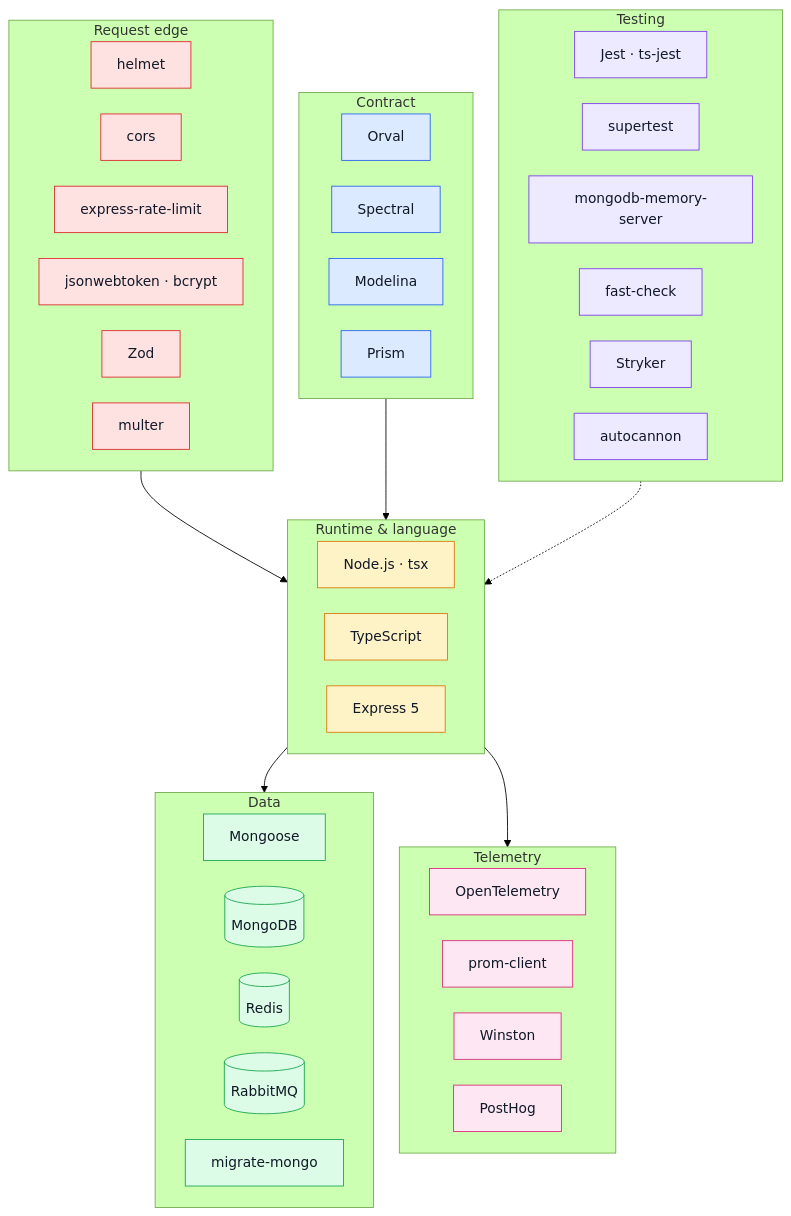
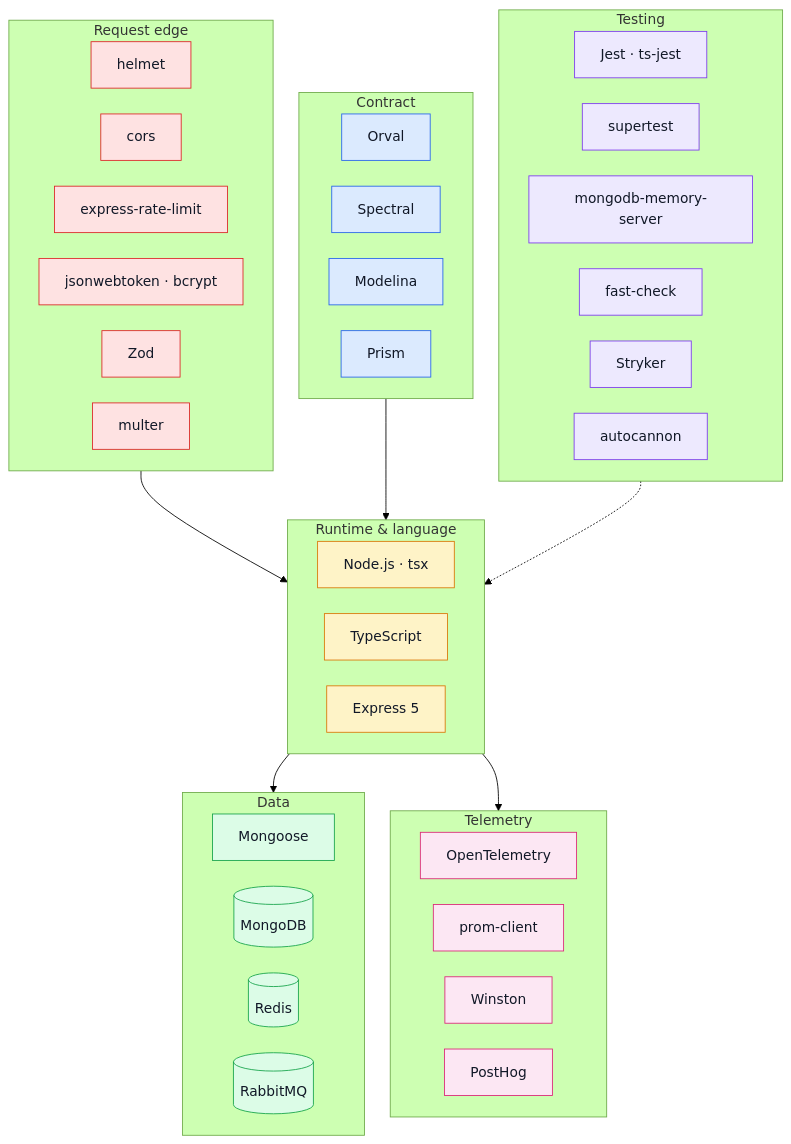
The diagram in docs/tools/tools-explained.md (Guebbit/boilerplate-node-backend), drawn with Mermaid (forest theme) before and after one commit. The commit also changed other lines of this file and 64 other files, not shown here.

````diff
--- a/docs/tools/tools-explained.md
+++ b/docs/tools/tools-explained.md
@@ -10,68 +10,67 @@
 ```mermaid
 %%{init: {'flowchart': {'nodeSpacing': 30, 'rankSpacing': 45}}}%%
 flowchart TD
     subgraph RUN["Runtime & language"]
         NODE["Node.js · tsx"]
         TS["TypeScript"]
         EXPRESS["Express 5"]
     end
 
     subgraph DATA["Data"]
         MONGOOSE["Mongoose"]
         MONGO[("MongoDB")]
         REDIS[("Redis")]
         RMQ[("RabbitMQ")]
-        MIGRATE["migrate-mongo"]
     end
 
     subgraph SEC["Request edge"]
         HELMET["helmet"]
         CORS["cors"]
         RATE["express-rate-limit"]
         JWT["jsonwebtoken · bcrypt"]
         ZOD["Zod"]
         MULTER["multer"]
     end
 
     subgraph CONTRACT["Contract"]
         ORVAL["Orval"]
         SPECTRAL["Spectral"]
         MODELINA["Modelina"]
         PRISM["Prism"]
     end
 
     subgraph TEST["Testing"]
         JEST["Jest · ts-jest"]
         SUPERTEST["supertest"]
         MEMSERVER["mongodb-memory-server"]
         FC["fast-check"]
         STRYKER["Stryker"]
         AUTOCANNON["autocannon"]
     end
 
     subgraph OBS["Telemetry"]
         OTEL["OpenTelemetry"]
         PROM["prom-client"]
         WINSTON["Winston"]
         POSTHOG["PostHog"]
     end
 
     SEC --> RUN
     RUN --> DATA
     RUN --> OBS
     CONTRACT --> RUN
     TEST -.-> RUN
 
     classDef run fill:#fef3c7,stroke:#d97706,color:#111827;
     classDef data fill:#dcfce7,stroke:#16a34a,color:#111827;
     classDef sec fill:#fee2e2,stroke:#dc2626,color:#111827;
     classDef contract fill:#dbeafe,stroke:#2563eb,color:#111827;
     classDef test fill:#ede9fe,stroke:#7c3aed,color:#111827;
     classDef obs fill:#fce7f3,stroke:#db2777,color:#111827;
     class NODE,TS,EXPRESS run;
     class MONGOOSE,MONGO,REDIS,RMQ,MIGRATE data;
     class HELMET,CORS,RATE,JWT,ZOD,MULTER sec;
     class ORVAL,SPECTRAL,MODELINA,PRISM contract;
     class JEST,SUPERTEST,MEMSERVER,FC,STRYKER,AUTOCANNON test;
     class OTEL,PROM,WINSTON,POSTHOG obs;
 ```
````
